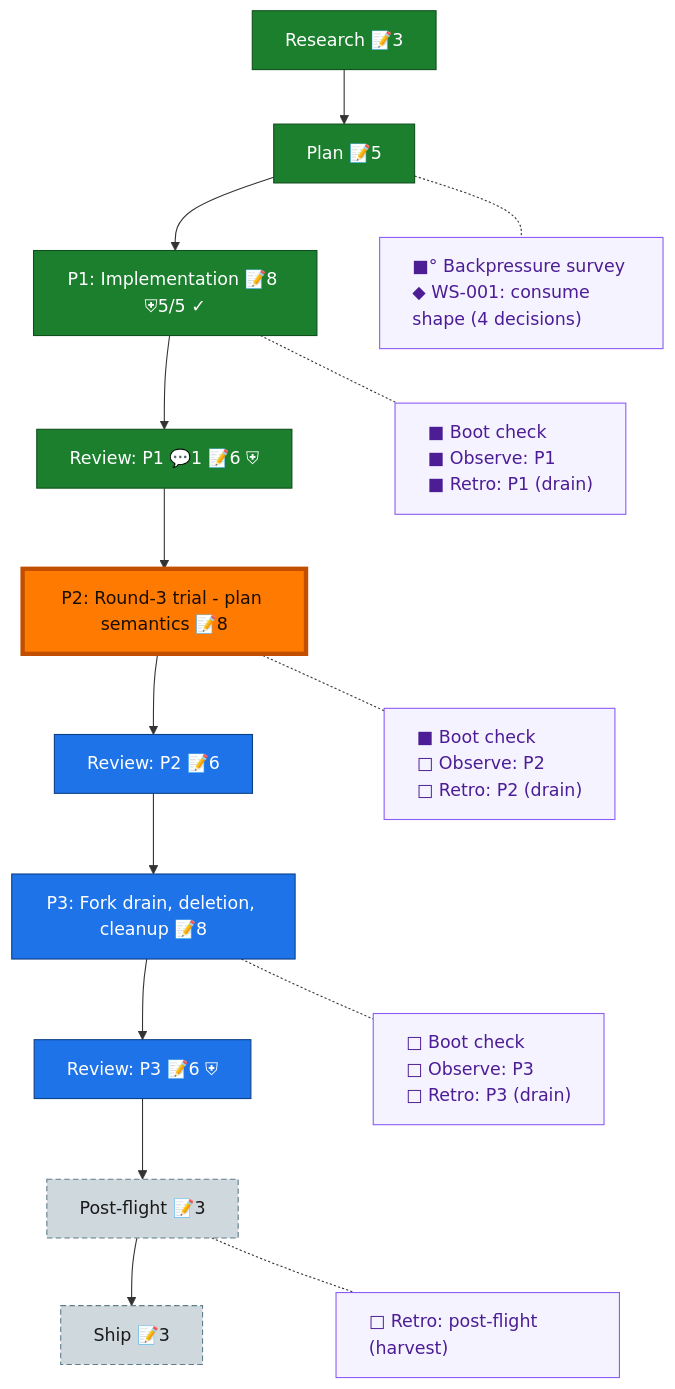
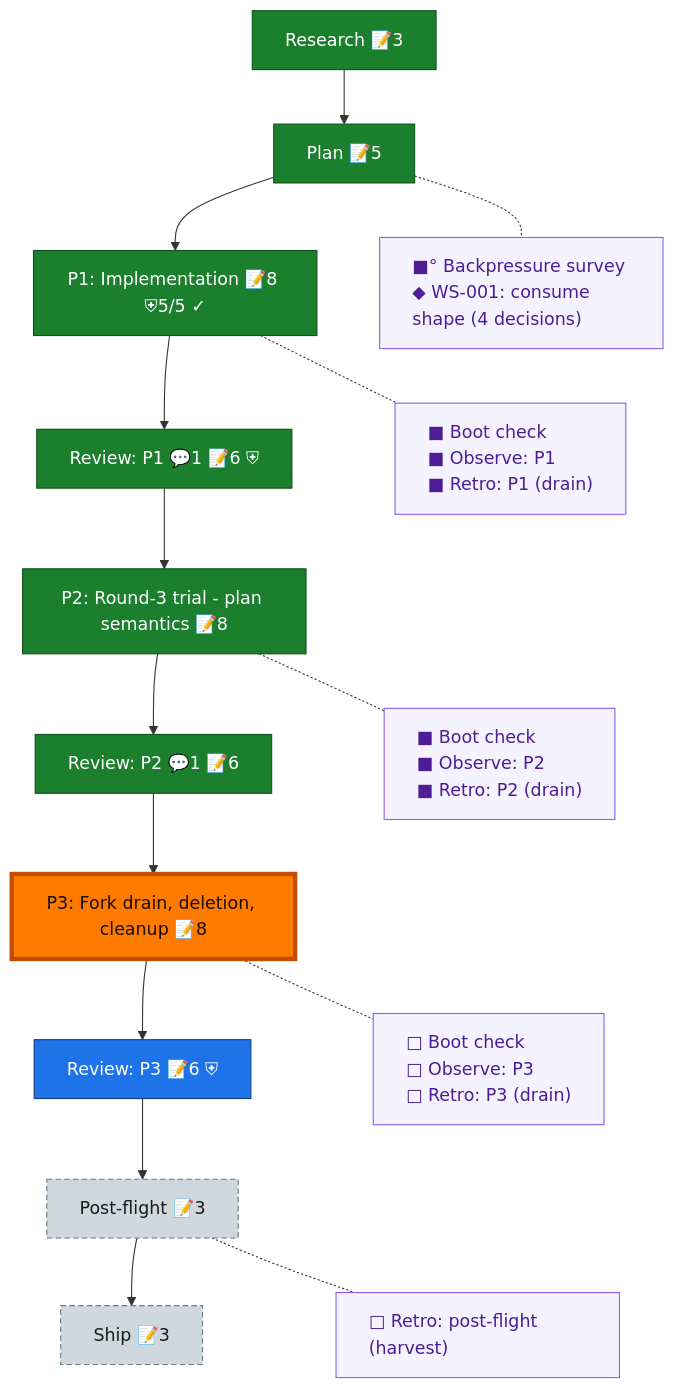
Before and after one commit to AI-Substrate/harness-engineering: the diagram in docs/plans/080-dd-consume-upgrade/the-flow.md, drawn with Mermaid. The commit also changed other lines of this file and 1 other file, not shown here.

Commit message:
flow(080): phase-2 + review-2 closed with receipts; nav at phase-3

````diff
--- a/docs/plans/080-dd-consume-upgrade/the-flow.md
+++ b/docs/plans/080-dd-consume-upgrade/the-flow.md
@@ -8,39 +8,38 @@
 ```mermaid
 flowchart TD
     research["Research 📝3"]:::done
     plan["Plan 📝5"]:::done
     phase_1["P1: Implementation 📝8 ⛨5/5 ✓"]:::done
     review_1["Review: P1 💬1 📝6 ⛨"]:::done
-    phase_2["P2: Round-3 trial - plan semantics 📝8"]:::wip
-    review_2["Review: P2 📝6"]:::known
+    phase_2["P2: Round-3 trial - plan semantics 📝8"]:::done
+    review_2["Review: P2 💬1 📝6"]:::done
     phase_3["P3: Fork drain, deletion, cleanup 📝8"]:::known
     review_3["Review: P3 📝6 ⛨"]:::known
     post_flight["Post-flight 📝3"]:::assumed
     ship["Ship 📝3"]:::assumed
 
     research --> plan --> phase_1 --> review_1 --> phase_2 --> review_2 --> phase_3 --> review_3 --> post_flight --> ship
 
     planC["■° Backpressure survey<br/>◆ WS-001: consume shape (4 decisions)"]:::chore
     phase_1C["■ Boot check<br/>■ Observe: P1<br/>■ Retro: P1 (drain)"]:::chore
-    phase_2C["■ Boot check<br/>□ Observe: P2<br/>□ Retro: P2 (drain)"]:::chore
+    phase_2C["■ Boot check<br/>■ Observe: P2<br/>■ Retro: P2 (drain)"]:::chore
     phase_3C["□ Boot check<br/>□ Observe: P3<br/>□ Retro: P3 (drain)"]:::chore
     post_flightC["□ Retro: post-flight (harvest)"]:::chore
 
     %% invisible chain holds the gutter boxes in their own column
     planC ~~~ phase_1C ~~~ phase_2C ~~~ phase_3C ~~~ post_flightC
 
     %% dotted links pull each gutter box beside its node
     plan -.- planC
     phase_1 -.- phase_1C
     phase_2 -.- phase_2C
     phase_3 -.- phase_3C
     post_flight -.- post_flightC
 
     classDef done fill:#1B7F2E,stroke:#0F4F1B,color:#fff;
-    classDef wip fill:#43C04A,stroke:#1B7F2E,color:#04210A;
     classDef known fill:#1E73E8,stroke:#0D3F86,color:#fff;
     classDef assumed fill:#CFD8DC,stroke:#607D8B,color:#1a1a1a,stroke-dasharray:5 3;
     classDef chore fill:#f5f3ff,stroke:#8b5cf6,color:#4c1d95,text-align:left;
     classDef current fill:#FF7A00,stroke:#C24E00,color:#1a0e00,stroke-width:4px;
-    class phase_2 current;
+    class phase_3 current;
 ```
````
